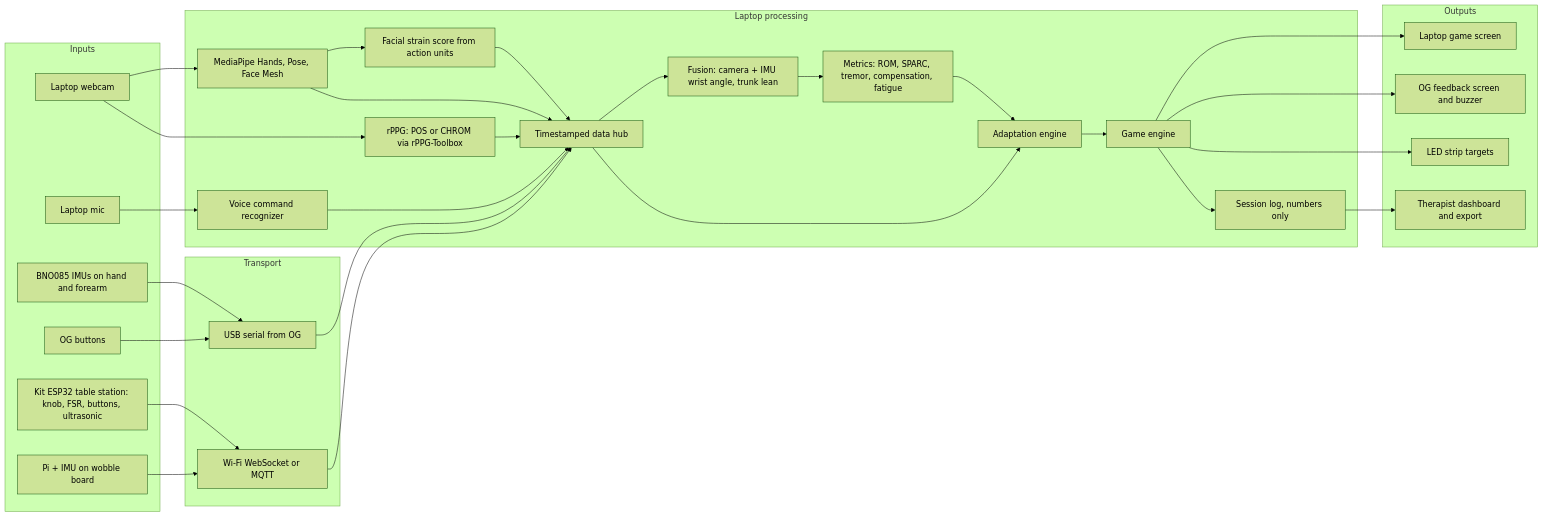
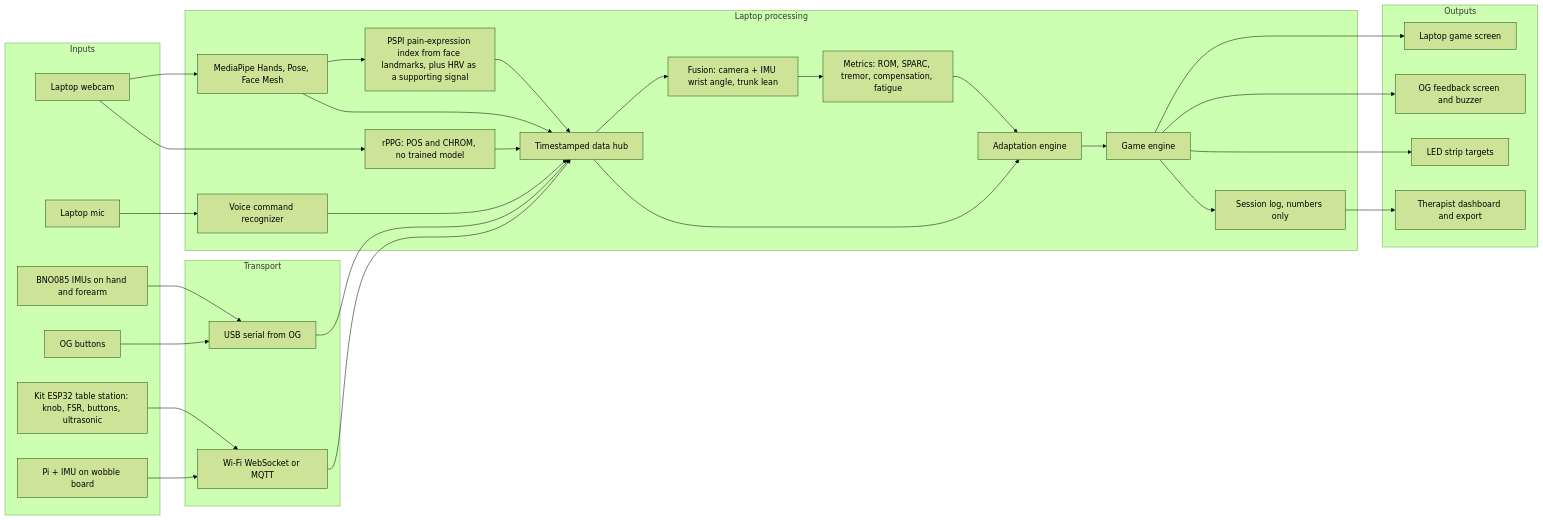
One commit to Dee-1862/Ocra changed the eighth of 8 diagrams in wilirehab/notebook/diagrams.md. Above: the diagram before and after it, drawn with Mermaid (forest theme). The commit also changed 18 other files, not shown here.

First line of the commit message:
added PSPI and HRV discomfort readout with live webcam loop

````diff
--- a/wilirehab/notebook/diagrams.md
+++ b/wilirehab/notebook/diagrams.md
@@ -247,57 +247,57 @@
 ```mermaid
 flowchart LR
     subgraph Inputs
         W[Laptop webcam]
         MIC[Laptop mic]
         IMU[BNO085 IMUs on hand and forearm]
         OGB[OG buttons]
         ESP[Kit ESP32 table station: knob, FSR, buttons, ultrasonic]
         PI[Pi + IMU on wobble board]
     end
 
     subgraph Transport
         USB[USB serial from OG]
         WIFI[Wi-Fi WebSocket or MQTT]
     end
 
     subgraph Laptop processing
         MP[MediaPipe Hands, Pose, Face Mesh]
-        RPPG[rPPG: POS or CHROM via rPPG-Toolbox]
-        STRAIN[Facial strain score from action units]
+        RPPG[rPPG: POS and CHROM, no trained model]
+        STRAIN[PSPI pain-expression index from face landmarks, plus HRV as a supporting signal]
         VOICE[Voice command recognizer]
         HUB[Timestamped data hub]
         FUSE[Fusion: camera + IMU wrist angle, trunk lean]
         MET[Metrics: ROM, SPARC, tremor, compensation, fatigue]
         ADAPT[Adaptation engine]
         GAME[Game engine]
         LOG[Session log, numbers only]
     end
 
     subgraph Outputs
         SCREEN[Laptop game screen]
         OGS[OG feedback screen and buzzer]
         LED[LED strip targets]
         DASH[Therapist dashboard and export]
     end
 
     W --> MP
     W --> RPPG
     MP --> STRAIN
     MIC --> VOICE
     IMU --> USB
     OGB --> USB
     ESP --> WIFI
     PI --> WIFI
     USB --> HUB
     WIFI --> HUB
     MP --> HUB
     RPPG --> HUB
     STRAIN --> HUB
     VOICE --> HUB
     HUB --> FUSE --> MET --> ADAPT --> GAME
     HUB --> ADAPT
     GAME --> SCREEN
     GAME --> OGS
     GAME --> LED
     GAME --> LOG --> DASH
 ```
````
